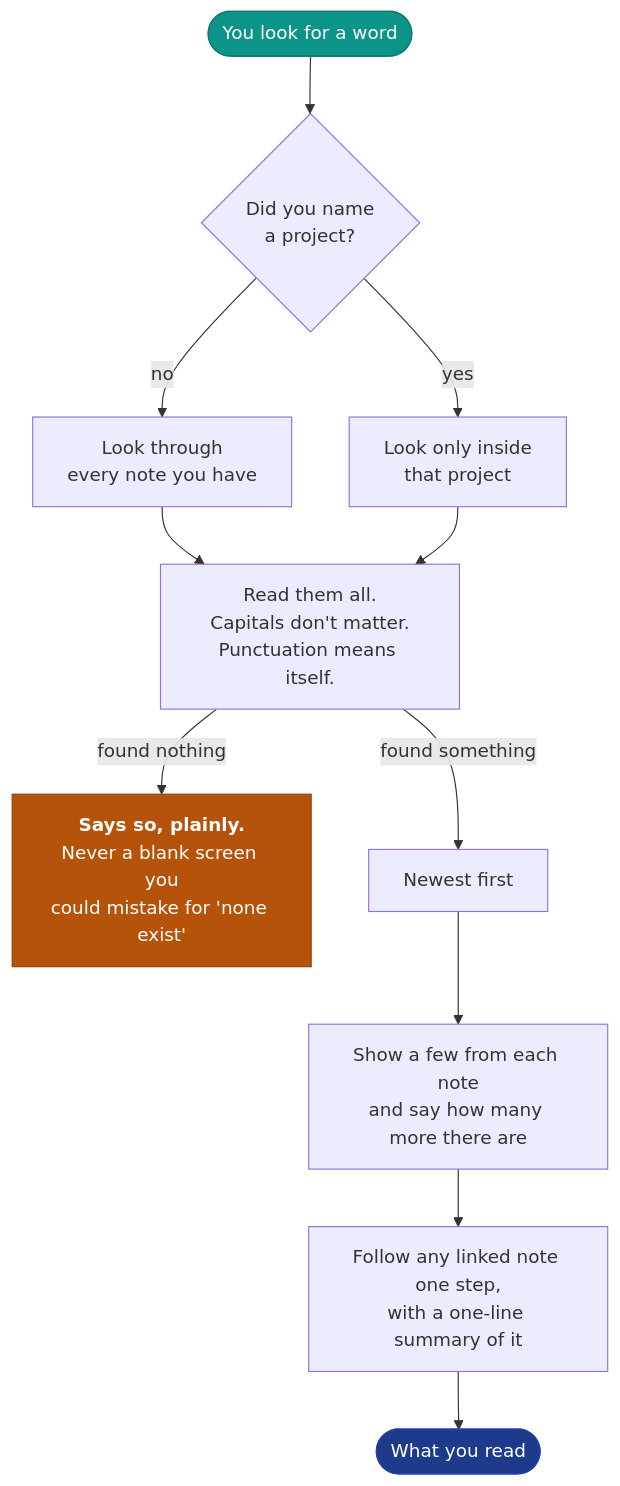
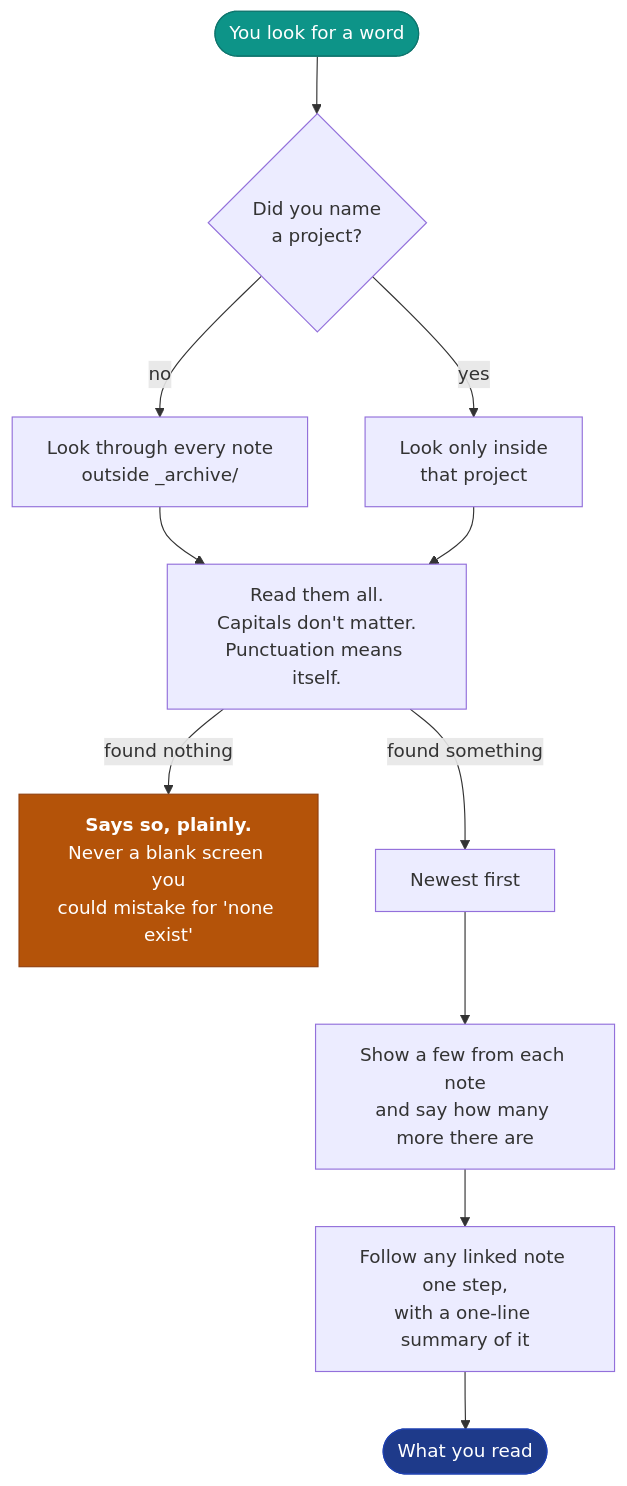
One commit to rambaarde/create-ai-memory changed the second of 2 diagrams in README.md. Above: the diagram before and after it, drawn with Mermaid. The commit also changed other lines of this file, not shown here.

First line of the commit message:
docs: show the overnight pruning pass in the loop diagram

````diff
--- a/README.md
+++ b/README.md
@@ -325,20 +333,20 @@
 ```mermaid
 flowchart TD
     A(["You look for a word"]) --> B{"Did you name<br/>a project?"}
-    B -->|"no"| C["Look through<br/>every note you have"]
+    B -->|"no"| C["Look through every note<br/>outside _archive/"]
     B -->|"yes"| D["Look only inside<br/>that project"]
     C --> E["Read them all.<br/>Capitals don't matter.<br/>Punctuation means itself."]
     D --> E
     E -->|"found nothing"| F["<b>Says so, plainly.</b><br/>Never a blank screen you<br/>could mistake for 'none exist'"]
     E -->|"found something"| G["Newest first"]
     G --> H["Show a few from each note<br/>and say how many more there are"]
     H --> I["Follow any linked note one step,<br/>with a one-line summary of it"]
     I --> J(["What you read"])
 
     classDef ask fill:#0d9488,stroke:#0f766e,color:#fff
     classDef care fill:#b45309,stroke:#92400e,color:#fff
     classDef done fill:#1e3a8a,stroke:#1e40af,color:#fff
     class A ask
     class F care
     class J done
 ```
````
